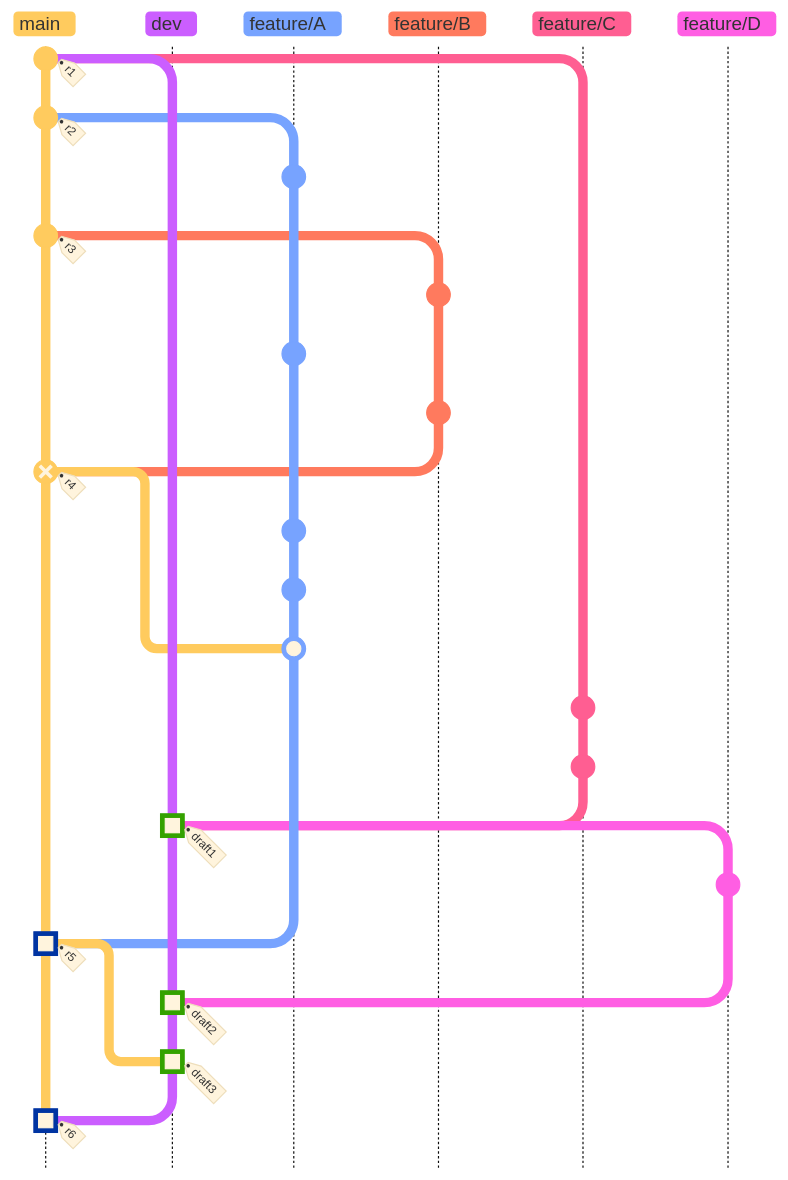
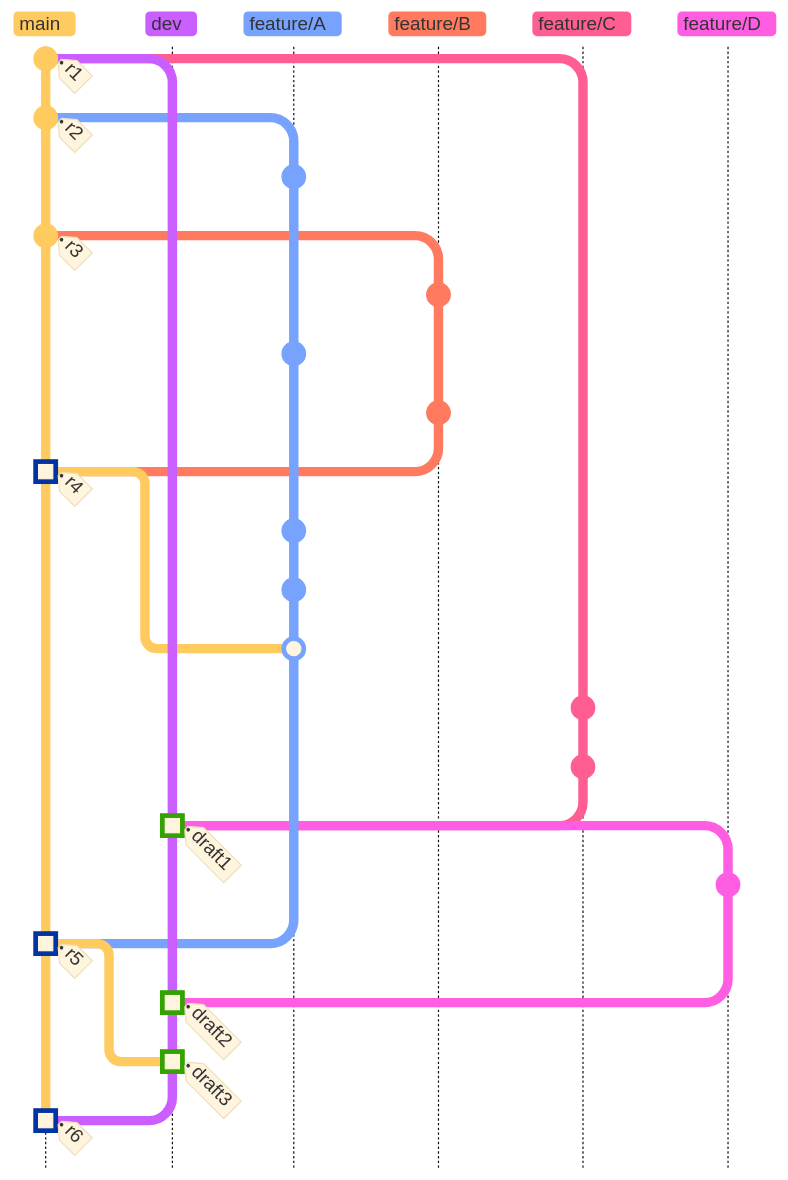
The diagram in README.md (rhenning/resume), drawn with Mermaid before and after one commit. The commit also changed other lines of this file and 3 other files, not shown here. Commit ids are hidden.

````diff
--- a/README.md
+++ b/README.md
@@ -73,66 +73,73 @@
 ```mermaid
 ---
 config:
   theme: base
+  themeVariables:
+    tagLabelFontSize: "1em"
+    commitLabelFontSize: "16px"
+    commitLabelColor: "#ffffff"
+    commitLabelBackground: "#000000"
   gitGraph:
     showCommitLabel: false
+    mainBranchName: main
+    parallelCommits: false
 ---
 gitGraph TB:
   commit tag: "r1"
 
   branch dev
 
   checkout main
   commit tag: "r2"
 
   branch feature/A
   commit
 
   checkout main
   commit tag: "r3"
 
   branch feature/B
   commit
 
   checkout feature/A
   commit
 
   checkout feature/B
   commit
 
   checkout main
-  merge feature/B tag: "r4" type: REVERSE
+  merge feature/B tag: "r4" type: HIGHLIGHT
 
   checkout feature/A
   commit
   commit
   merge main
 
   checkout main
 
   checkout dev
 
   branch feature/C
   commit
 
   checkout feature/C
   commit
 
   checkout dev
   merge feature/C tag: "draft1" type: HIGHLIGHT
 
   branch feature/D
   commit
 
   checkout main
   merge feature/A tag: "r5" type: HIGHLIGHT
 
   checkout dev
   merge feature/D tag: "draft2" type: HIGHLIGHT
 
   checkout dev
   merge main tag: "draft3" type: HIGHLIGHT
 
   checkout main
   merge dev tag: "r6" type: HIGHLIGHT
 ```
````
